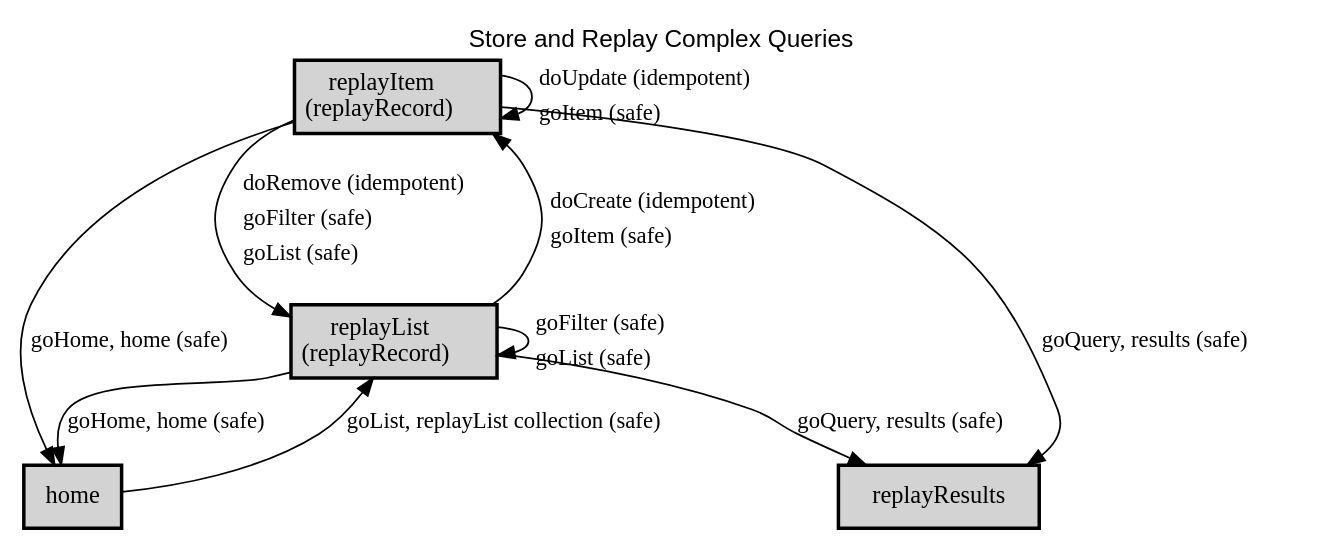
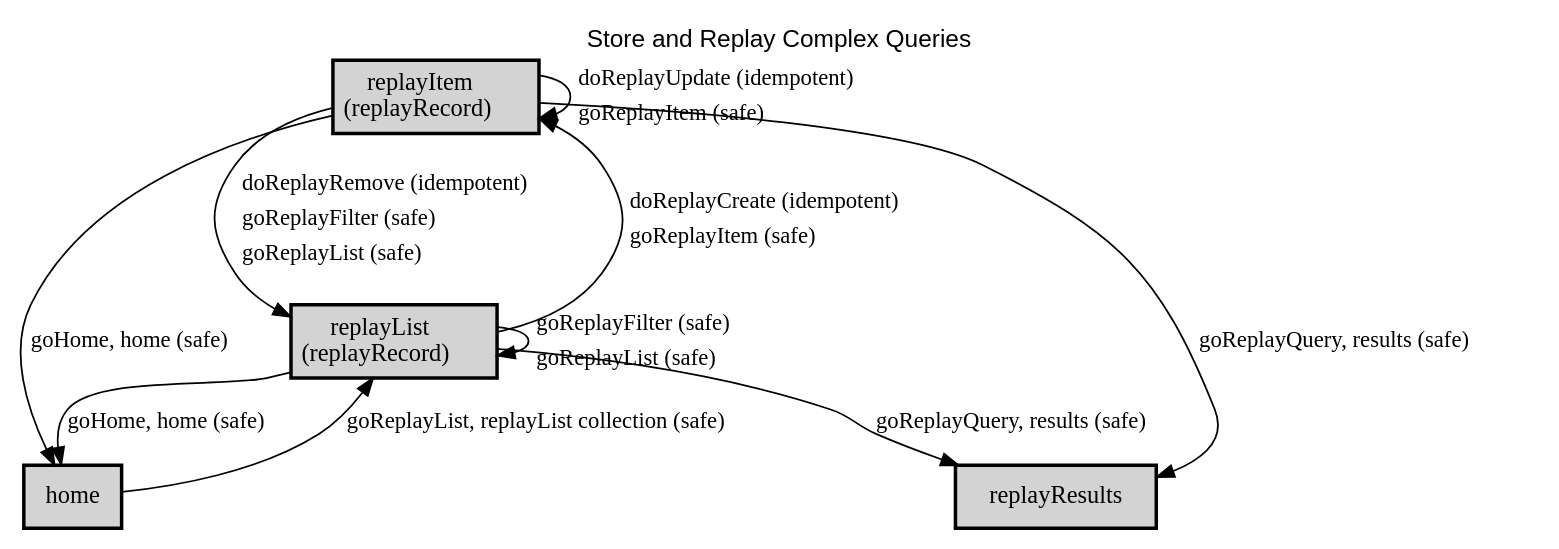
One commit to webapicookbook/alps-documents changed the diagram in docs/replay/replay.dot. Above: the diagram before and after it, drawn with Graphviz. The commit also changed 16 other files, not shown here.

```diff
--- a/docs/replay/replay.dot
+++ b/docs/replay/replay.dot
@@ -1,26 +1,26 @@
 digraph application_state_diagram {
   graph [
     labelloc="t";
     fontname="Helvetica"
     label="Store and Replay Complex Queries";
     URL="index.html" target="_parent"
   ];
   node [shape = box, style = "bold,filled" fillcolor="lightgray"];
 
     replayItem [margin=0.02, label=<<table cellspacing="0" cellpadding="5" border="0"><tr><td>replayItem<br />(replayRecord)<br /></td></tr></table>>,shape=box URL="docs/semantic.replayItem.html" target="_parent"]
     replayList [margin=0.02, label=<<table cellspacing="0" cellpadding="5" border="0"><tr><td>replayList<br />(replayRecord)<br /></td></tr></table>>,shape=box URL="docs/semantic.replayList.html" target="_parent"]
 
-    home -> replayList [label = <goList, replayList collection (safe)> URL="docs/safe.goList.html" target="_parent" fontsize=13];
+    home -> replayList [label = <goReplayList, replayList collection (safe)> URL="docs/safe.goReplayList.html" target="_parent" fontsize=13];
     replayItem -> home [label = <goHome, home (safe)> URL="docs/safe.goHome.html" target="_parent" fontsize=13];
-    replayItem -> replayItem [label=<<table  border="0"><tr><td align="left" href="docs/idempotent.doUpdate.html">doUpdate (idempotent)</td></tr><tr><td align="left" href="docs/safe.goItem.html">goItem (safe)</td></tr></table>> fontsize=13];
-    replayItem -> replayList [label=<<table  border="0"><tr><td align="left" href="docs/idempotent.doRemove.html">doRemove (idempotent)</td></tr><tr><td align="left" href="docs/safe.goFilter.html">goFilter (safe)</td></tr><tr><td align="left" href="docs/safe.goList.html">goList (safe)</td></tr></table>> fontsize=13];
-    replayItem -> replayResults [label = <goQuery, results (safe)> URL="docs/safe.goQuery.html" target="_parent" fontsize=13];
+    replayItem -> replayItem [label=<<table  border="0"><tr><td align="left" href="docs/idempotent.doReplayUpdate.html">doReplayUpdate (idempotent)</td></tr><tr><td align="left" href="docs/safe.goReplayItem.html">goReplayItem (safe)</td></tr></table>> fontsize=13];
+    replayItem -> replayList [label=<<table  border="0"><tr><td align="left" href="docs/idempotent.doReplayRemove.html">doReplayRemove (idempotent)</td></tr><tr><td align="left" href="docs/safe.goReplayFilter.html">goReplayFilter (safe)</td></tr><tr><td align="left" href="docs/safe.goReplayList.html">goReplayList (safe)</td></tr></table>> fontsize=13];
+    replayItem -> replayResults [label = <goReplayQuery, results (safe)> URL="docs/safe.goReplayQuery.html" target="_parent" fontsize=13];
     replayList -> home [label = <goHome, home (safe)> URL="docs/safe.goHome.html" target="_parent" fontsize=13];
-    replayList -> replayItem [label=<<table  border="0"><tr><td align="left" href="docs/idempotent.doCreate.html">doCreate (idempotent)</td></tr><tr><td align="left" href="docs/safe.goItem.html">goItem (safe)</td></tr></table>> fontsize=13];
-    replayList -> replayList [label=<<table  border="0"><tr><td align="left" href="docs/safe.goFilter.html">goFilter (safe)</td></tr><tr><td align="left" href="docs/safe.goList.html">goList (safe)</td></tr></table>> fontsize=13];
-    replayList -> replayResults [label = <goQuery, results (safe)> URL="docs/safe.goQuery.html" target="_parent" fontsize=13];
+    replayList -> replayItem [label=<<table  border="0"><tr><td align="left" href="docs/idempotent.doReplayCreate.html">doReplayCreate (idempotent)</td></tr><tr><td align="left" href="docs/safe.goReplayItem.html">goReplayItem (safe)</td></tr></table>> fontsize=13];
+    replayList -> replayList [label=<<table  border="0"><tr><td align="left" href="docs/safe.goReplayFilter.html">goReplayFilter (safe)</td></tr><tr><td align="left" href="docs/safe.goReplayList.html">goReplayList (safe)</td></tr></table>> fontsize=13];
+    replayList -> replayResults [label = <goReplayQuery, results (safe)> URL="docs/safe.goReplayQuery.html" target="_parent" fontsize=13];
 
     home [label = <home> URL="docs/semantic.home.html" target="_parent"]
     replayResults [label = <replayResults> URL="docs/semantic.replayResults.html" target="_parent"]
 
 }
```
